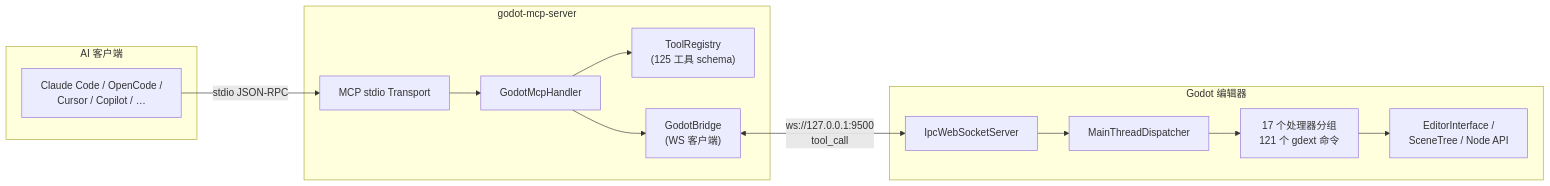
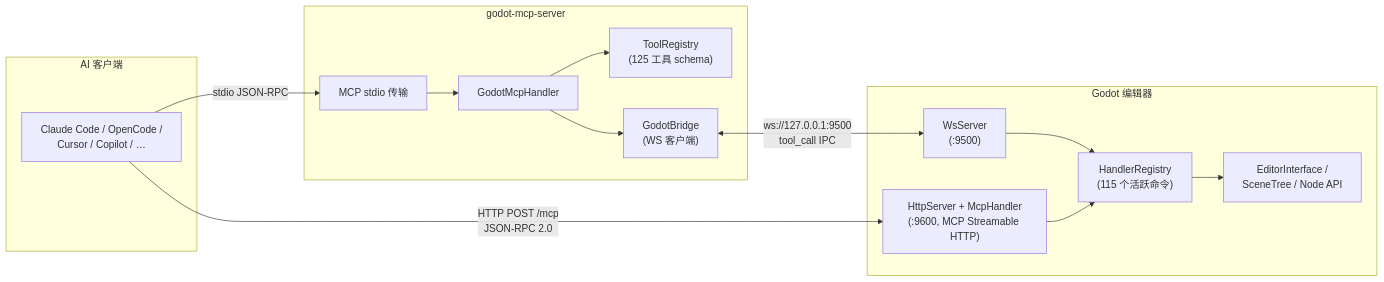
The diagram in README-zh.md (jesspig/GodotMCP-GDExtension), drawn with Mermaid before and after one commit. The commit also changed other lines of this file and 17 other files, not shown here.

````diff
--- a/README-zh.md
+++ b/README-zh.md
@@ -14,29 +14,30 @@
 ```mermaid
 graph LR
     subgraph AI["AI 客户端"]
         Client["Claude Code / OpenCode /<br/>Cursor / Copilot / …"]
     end
 
     subgraph ServerProc["godot-mcp-server"]
-        Stdio["MCP stdio Transport"]
+        Stdio["MCP stdio 传输"]
         Handler["GodotMcpHandler"]
         Registry["ToolRegistry<br/>(125 工具 schema)"]
         Bridge["GodotBridge<br/>(WS 客户端)"]
     end
 
     subgraph GodotProc["Godot 编辑器"]
-        WS["IpcWebSocketServer"]
-        Dispatcher["MainThreadDispatcher"]
-        Commands["17 个处理器分组<br/>121 个 gdext 命令"]
+        WS["WsServer<br/>(:9500)"]
+        HTTP["HttpServer + McpHandler<br/>(:9600, MCP Streamable HTTP)"]
+        Registry2["HandlerRegistry<br/>(115 个活跃命令)"]
         Editor["EditorInterface /<br/>SceneTree / Node API"]
     end
 
     Client -->|stdio JSON-RPC| Stdio
     Stdio --> Handler
     Handler --> Registry
     Handler --> Bridge
-    Bridge <-->|ws://127.0.0.1:9500<br/>tool_call| WS
-    WS --> Dispatcher
-    Dispatcher --> Commands
-    Commands --> Editor
+    Bridge <-->|ws://127.0.0.1:9500<br/>tool_call IPC| WS
+    Client -->|HTTP POST /mcp<br/>JSON-RPC 2.0| HTTP
+    WS --> Registry2
+    HTTP --> Registry2
+    Registry2 --> Editor
 ```
````
